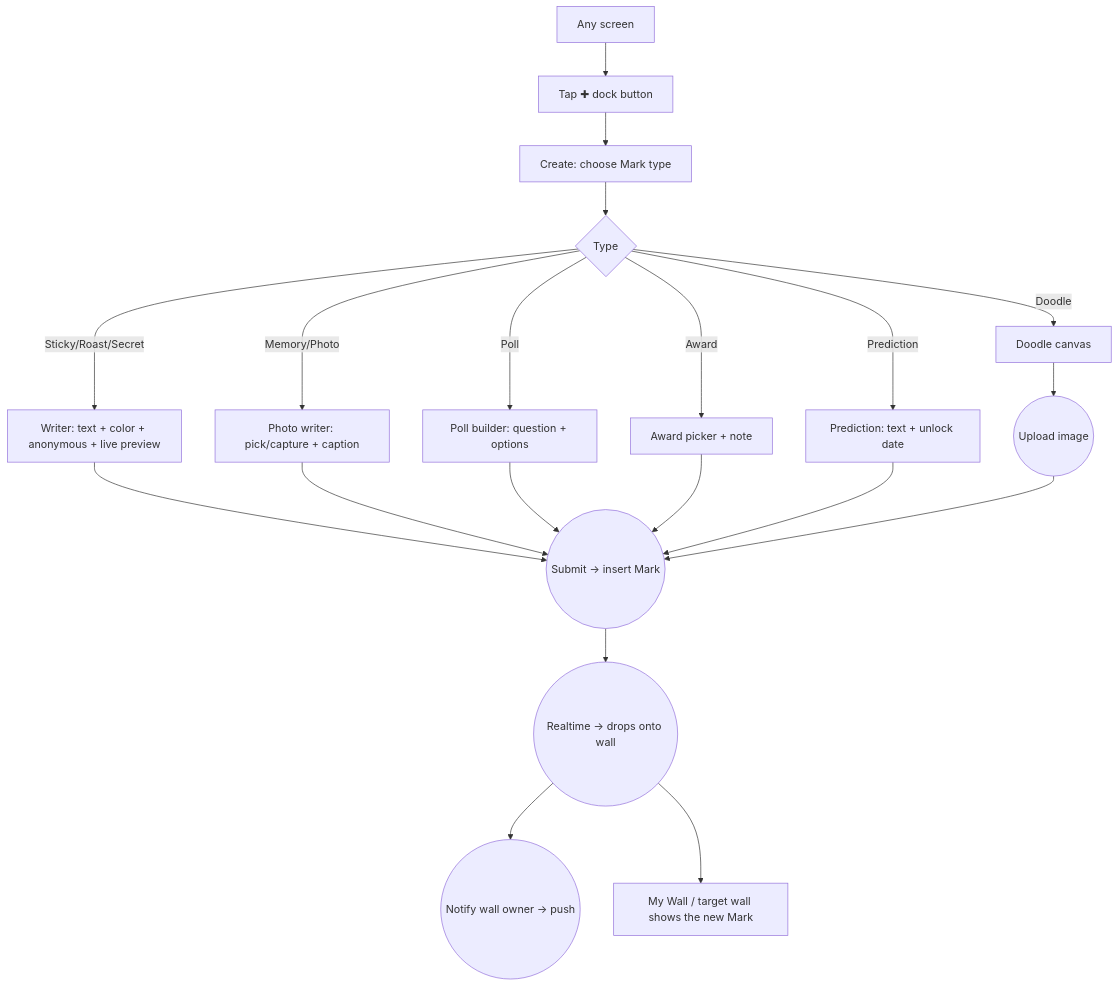
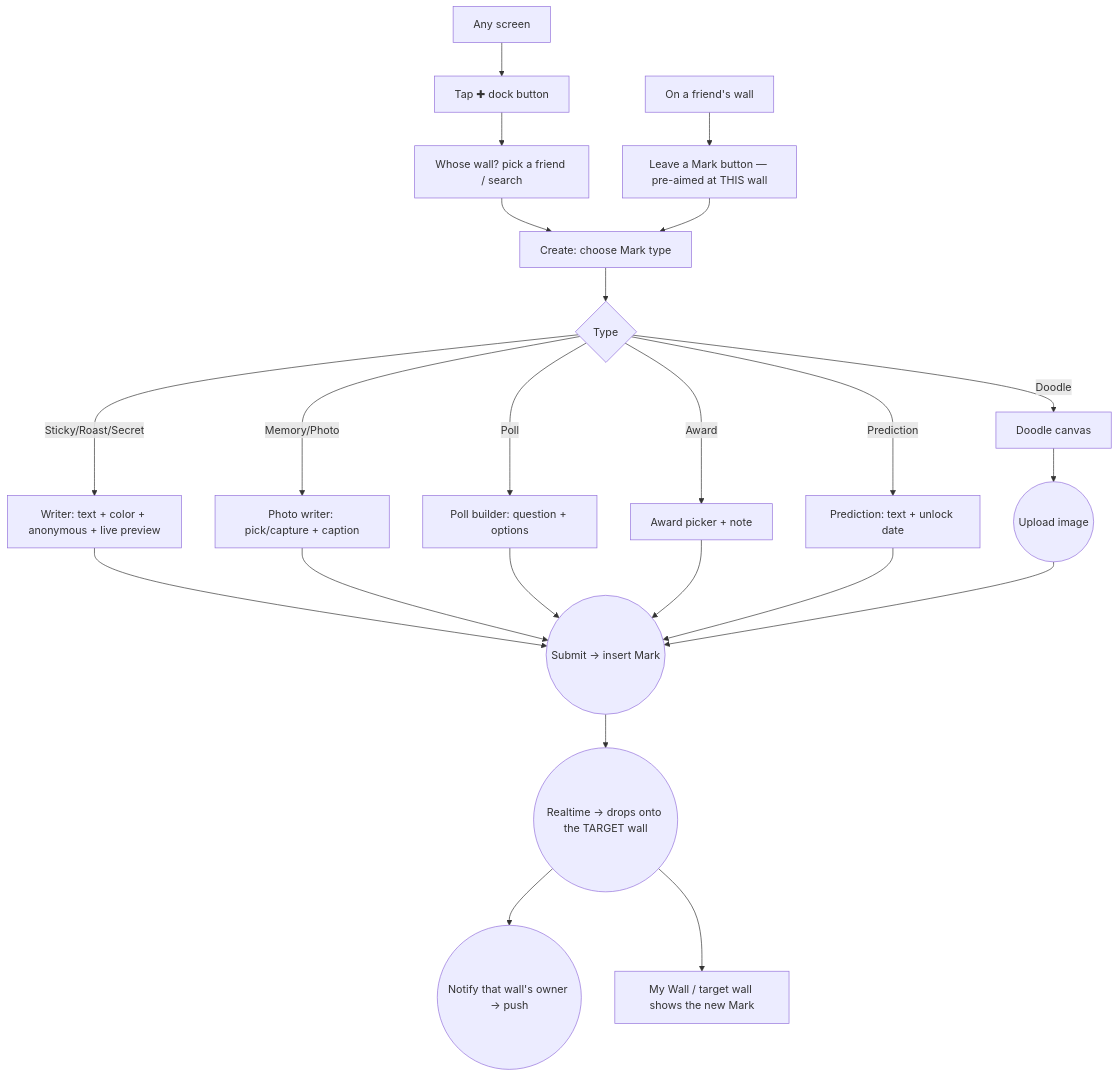
The third of 9 diagrams in docs/02_User_Flows.md (darshitmeghani1992/the-wall), drawn with Mermaid before and after one commit. The commit also changed other lines of this file and 3 other files, not shown here.

First line of the commit message:
docs: core interaction model — mark others' walls, target-first ✚ (#3)

````diff
--- a/docs/02_User_Flows.md
+++ b/docs/02_User_Flows.md
@@ -42,21 +46,24 @@
 ```mermaid
 flowchart TD
-  G[Any screen] --> P[Tap ✚ dock button]
-  P --> C[Create: choose Mark type]
+  A[On a friend's wall] --> LM[Leave a Mark button — pre-aimed at THIS wall]
+  B[Any screen] --> P[Tap ✚ dock button]
+  P --> WHO[Whose wall? pick a friend / search]
+  WHO --> C
+  LM --> C[Create: choose Mark type]
   C --> T{Type}
   T -- Sticky/Roast/Secret --> WR[Writer: text + color + anonymous + live preview]
   T -- Memory/Photo --> PH[Photo writer: pick/capture + caption]
   T -- Poll --> PB[Poll builder: question + options]
   T -- Award --> AW[Award picker + note]
   T -- Prediction --> PR[Prediction: text + unlock date]
   T -- Doodle --> DO[Doodle canvas]
   WR --> SUB((Submit → insert Mark))
   PH --> SUB
   PB --> SUB
   AW --> SUB
   PR --> SUB
   DO --> UP((Upload image)) --> SUB
-  SUB --> RT((Realtime → drops onto wall))
-  RT --> PU((Notify wall owner → push))
+  SUB --> RT((Realtime → drops onto the TARGET wall))
+  RT --> PU((Notify that wall's owner → push))
   RT --> WALL[My Wall / target wall shows the new Mark]
 ```
````
